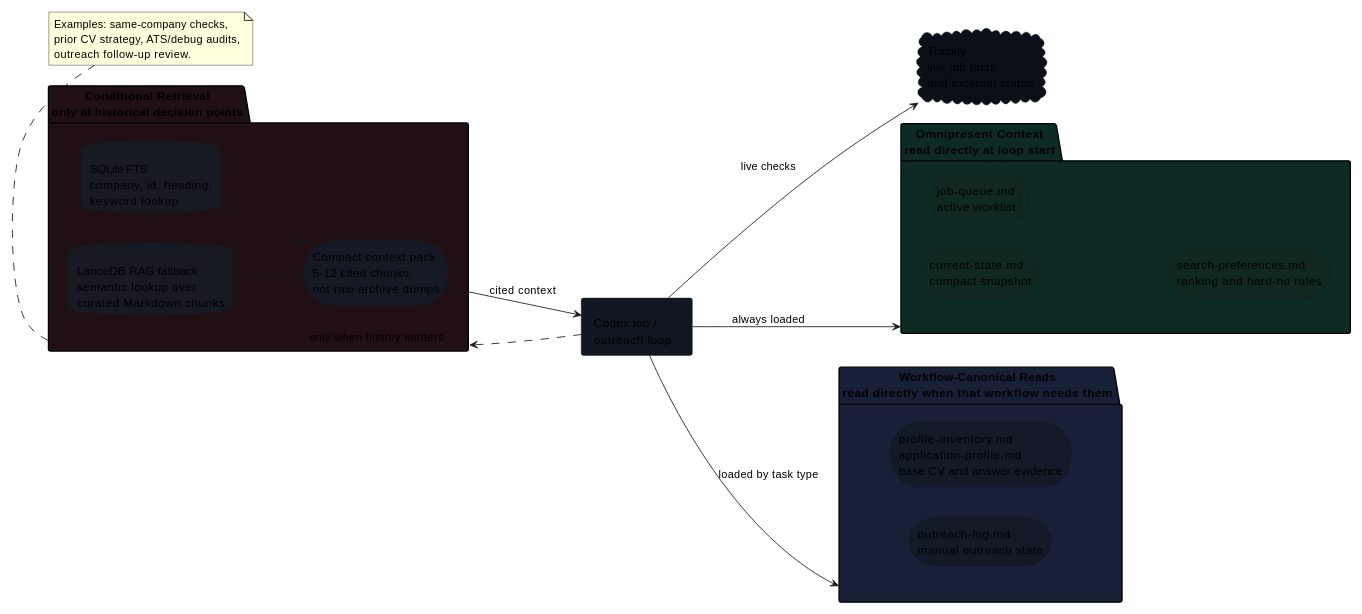
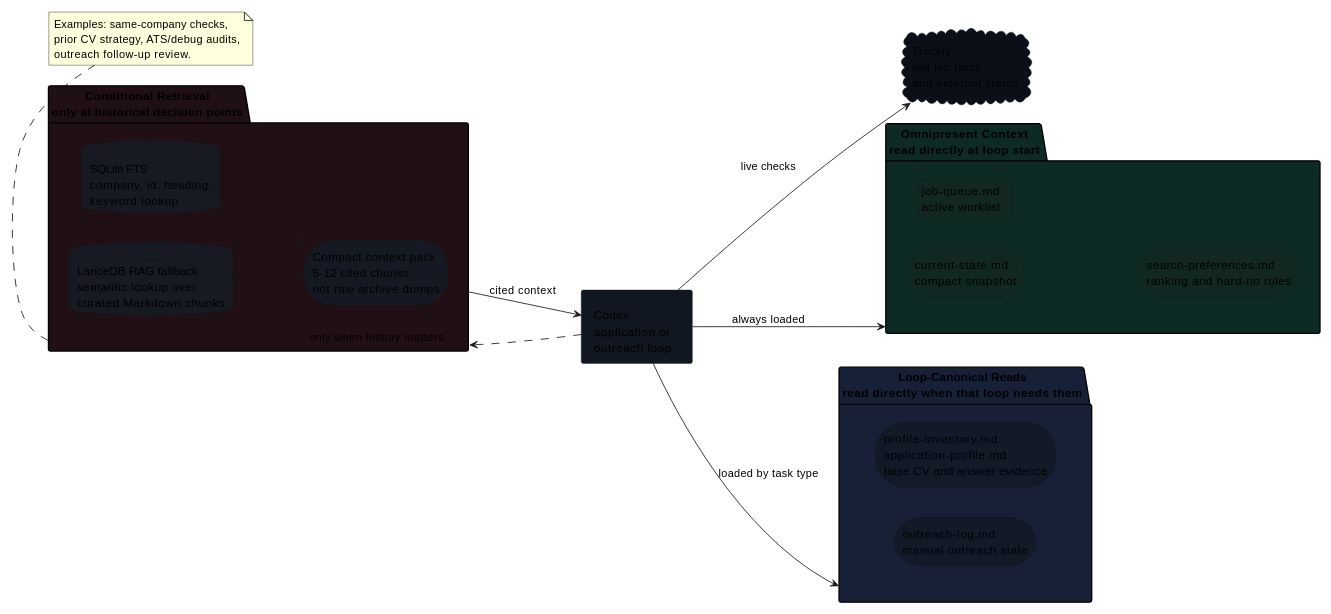
The diagram in docs/memory.md (ddm18/codex-managed-application-workflow), drawn with PlantUML before and after one commit. The commit also changed other lines of this file and 10 other files, not shown here.

````diff
--- a/docs/memory.md
+++ b/docs/memory.md
@@ -15,40 +15,40 @@
 ```plantuml
 @startuml
 left to right direction
 scale 0.72
 
-component "Codex job /\noutreach loop" as LOOP #101721
+component "Codex\napplication or\noutreach loop" as LOOP #101721
 cloud "Trackly\nlive job facts\nand external status" as TRACKLY #0B1018
 
 package "Omnipresent Context\nread directly at loop start" as ALWAYS #0E2A25 {
   storage "current-state.md\ncompact snapshot" as STATE #102821
   queue "job-queue.md\nactive worklist" as QUEUE #102821
   storage "search-preferences.md\nranking and hard-no rules" as PREFS #102821
 }
 
-package "Workflow-Canonical Reads\nread directly when that workflow needs them" as DIRECT #172036 {
+package "Loop-Canonical Reads\nread directly when that loop needs them" as DIRECT #172036 {
   storage "profile-inventory.md\napplication-profile.md\nbase CV and answer evidence" as PROFILE #111A26
   storage "outreach-log.md\nmanual outreach state" as OUTREACH #111A26
 }
 
 package "Conditional Retrieval\nonly at historical decision points" as CONDITIONAL #201016 {
   database "SQLite FTS\ncompany, id, heading,\nkeyword lookup" as FTS #171923
   database "LanceDB RAG fallback\nsemantic lookup over\ncurated Markdown chunks" as RAG #171923
   storage "Compact context pack\n5-12 cited chunks,\nnot raw archive dumps" as PACK #151923
 }
 
 LOOP --> ALWAYS : always loaded
 LOOP --> DIRECT : loaded by task type
 LOOP --> TRACKLY : live checks
 LOOP ..> CONDITIONAL : only when history matters
 FTS --> PACK
 RAG --> PACK
 PACK --> LOOP : cited context
 
 note bottom of CONDITIONAL
   Examples: same-company checks,
   prior CV strategy, ATS/debug audits,
   outreach follow-up review.
 end note
 @enduml
 ```
````
